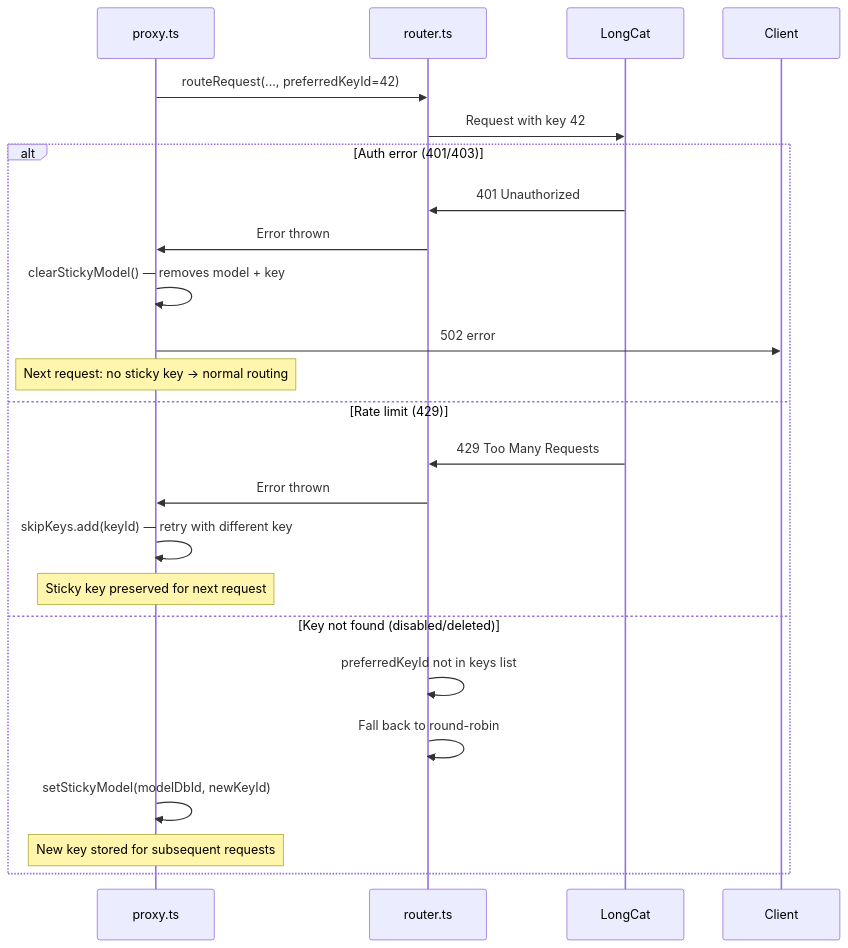
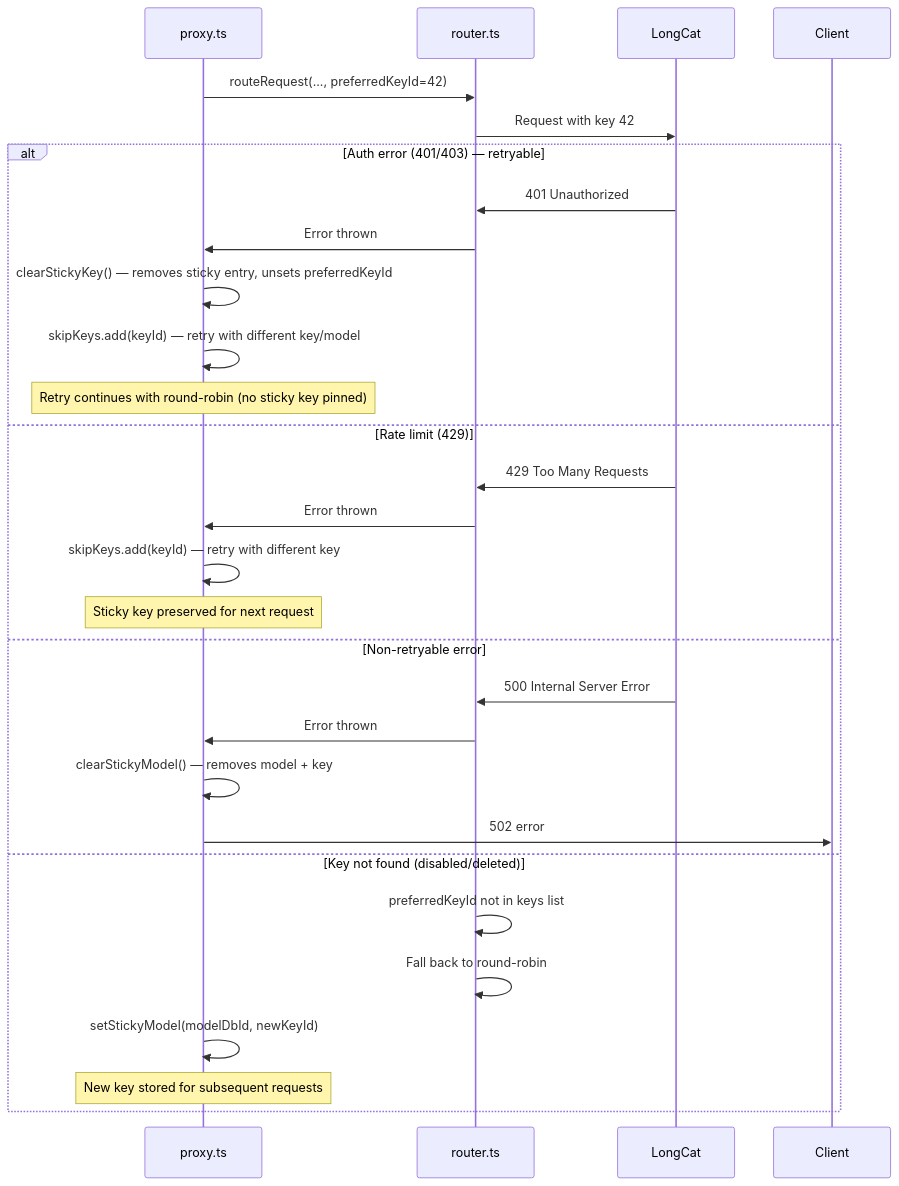
Before and after one commit to airi-os/api-llm-localhost: the third of 3 diagrams in .roo/specs/longcat-sticky-key/design.md, drawn with Mermaid. The commit also changed other lines of this file and 2 other files, not shown here.

First line of the commit message:
fix(sticky-key): code review fixes for LongCat sticky key feature

````diff
--- a/.roo/specs/longcat-sticky-key/design.md
+++ b/.roo/specs/longcat-sticky-key/design.md
@@ -222,27 +243,32 @@
 ```mermaid
 sequenceDiagram
     participant Proxy as proxy.ts
     participant Router as router.ts
     participant LongCat
 
     Proxy->>Router: routeRequest(..., preferredKeyId=42)
     Router->>LongCat: Request with key 42
-    
-    alt Auth error (401/403)
+
+    alt Auth error (401/403) — retryable
         LongCat->>Router: 401 Unauthorized
         Router->>Proxy: Error thrown
-        Proxy->>Proxy: clearStickyModel() — removes model + key
-        Proxy->>Client: 502 error
-        Note over Proxy: Next request: no sticky key → normal routing
+        Proxy->>Proxy: clearStickyKey() — removes sticky entry, unsets preferredKeyId
+        Proxy->>Proxy: skipKeys.add(keyId) — retry with different key/model
+        Note over Proxy: Retry continues with round-robin (no sticky key pinned)
     else Rate limit (429)
         LongCat->>Router: 429 Too Many Requests
         Router->>Proxy: Error thrown
         Proxy->>Proxy: skipKeys.add(keyId) — retry with different key
         Note over Proxy: Sticky key preserved for next request
+    else Non-retryable error
+        LongCat->>Router: 500 Internal Server Error
+        Router->>Proxy: Error thrown
+        Proxy->>Proxy: clearStickyModel() — removes model + key
+        Proxy->>Client: 502 error
     else Key not found (disabled/deleted)
         Router->>Router: preferredKeyId not in keys list
         Router->>Router: Fall back to round-robin
         Proxy->>Proxy: setStickyModel(modelDbId, newKeyId)
         Note over Proxy: New key stored for subsequent requests
     end
 ```
````
